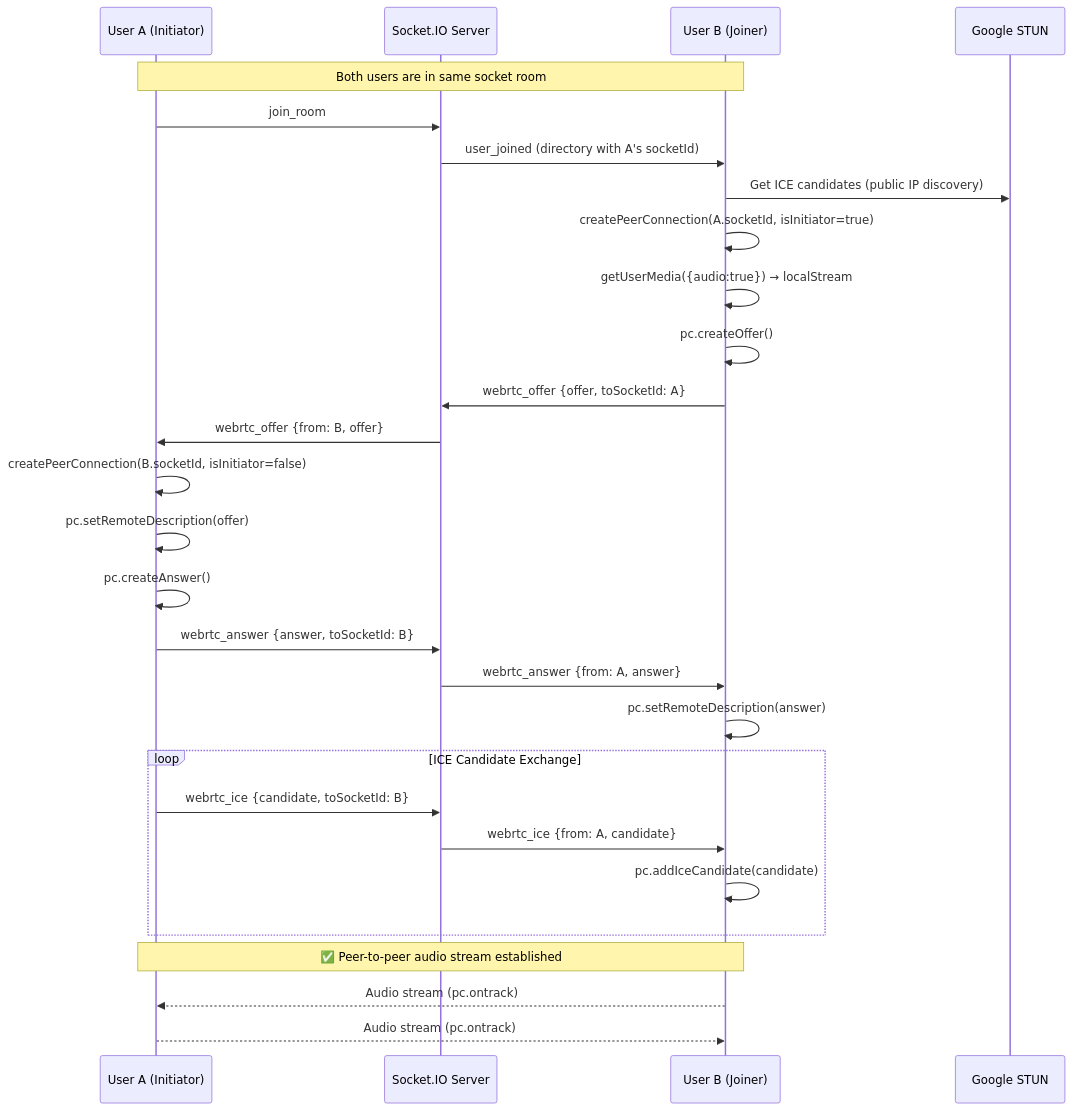
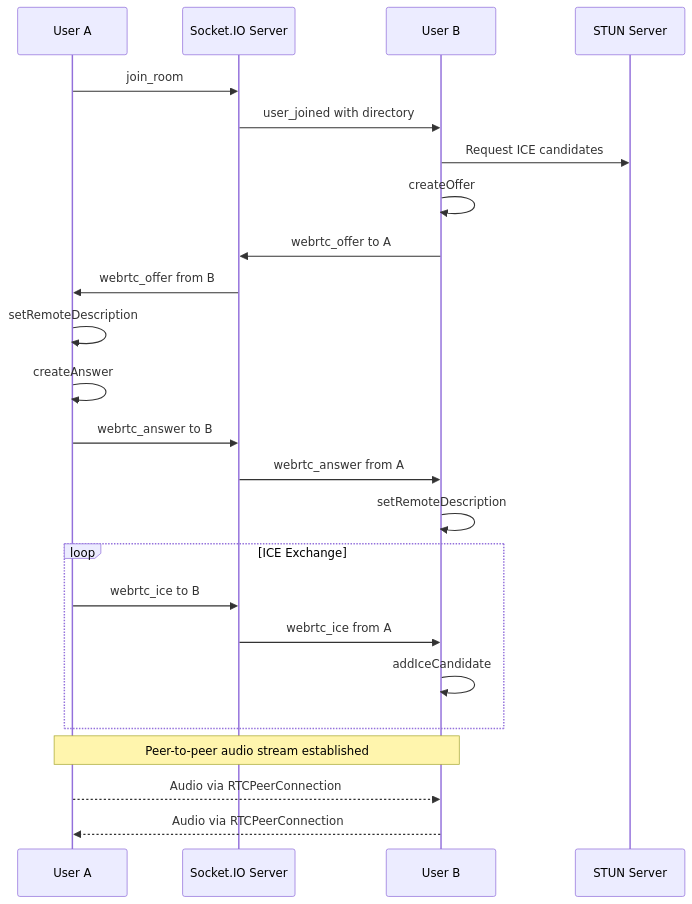
Before and after one commit to JahnviAghera/sp: the ninth of 14 diagrams in SpeakSpace_Project_Documentation.md, drawn with Mermaid. The commit also changed other lines of this file, not shown here.

Commit message:
docs: overhaul project documentation with improved architecture descriptions, structural refinements, and updated technical diagrams

````diff
--- a/SpeakSpace_Project_Documentation.md
+++ b/SpeakSpace_Project_Documentation.md
@@ -383,37 +418,32 @@
 ```mermaid
 sequenceDiagram
-    participant A as User A (Initiator)
+    participant A as User A
     participant S as Socket.IO Server
-    participant B as User B (Joiner)
-    participant STUN as Google STUN
-
-    Note over A,B: Both users are in same socket room
+    participant B as User B
+    participant STUN as STUN Server
 
     A->>S: join_room
-    S->>B: user_joined (directory with A's socketId)
+    S->>B: user_joined with directory
 
-    B->>STUN: Get ICE candidates (public IP discovery)
-    B->>B: createPeerConnection(A.socketId, isInitiator=true)
-    B->>B: getUserMedia({audio:true}) → localStream
-    B->>B: pc.createOffer()
-    B->>S: webrtc_offer {offer, toSocketId: A}
-    S->>A: webrtc_offer {from: B, offer}
+    B->>STUN: Request ICE candidates
+    B->>B: createOffer
+    B->>S: webrtc_offer to A
+    S->>A: webrtc_offer from B
 
-    A->>A: createPeerConnection(B.socketId, isInitiator=false)
-    A->>A: pc.setRemoteDescription(offer)
-    A->>A: pc.createAnswer()
-    A->>S: webrtc_answer {answer, toSocketId: B}
-    S->>B: webrtc_answer {from: A, answer}
+    A->>A: setRemoteDescription
+    A->>A: createAnswer
+    A->>S: webrtc_answer to B
+    S->>B: webrtc_answer from A
 
-    B->>B: pc.setRemoteDescription(answer)
+    B->>B: setRemoteDescription
 
-    loop ICE Candidate Exchange
-        A->>S: webrtc_ice {candidate, toSocketId: B}
-        S->>B: webrtc_ice {from: A, candidate}
-        B->>B: pc.addIceCandidate(candidate)
+    loop ICE Exchange
+        A->>S: webrtc_ice to B
+        S->>B: webrtc_ice from A
+        B->>B: addIceCandidate
     end
 
-    Note over A,B: ✅ Peer-to-peer audio stream established
-    B-->>A: Audio stream (pc.ontrack)
-    A-->>B: Audio stream (pc.ontrack)
+    Note over A,B: Peer-to-peer audio stream established
+    A-->>B: Audio via RTCPeerConnection
+    B-->>A: Audio via RTCPeerConnection
 ```
````
